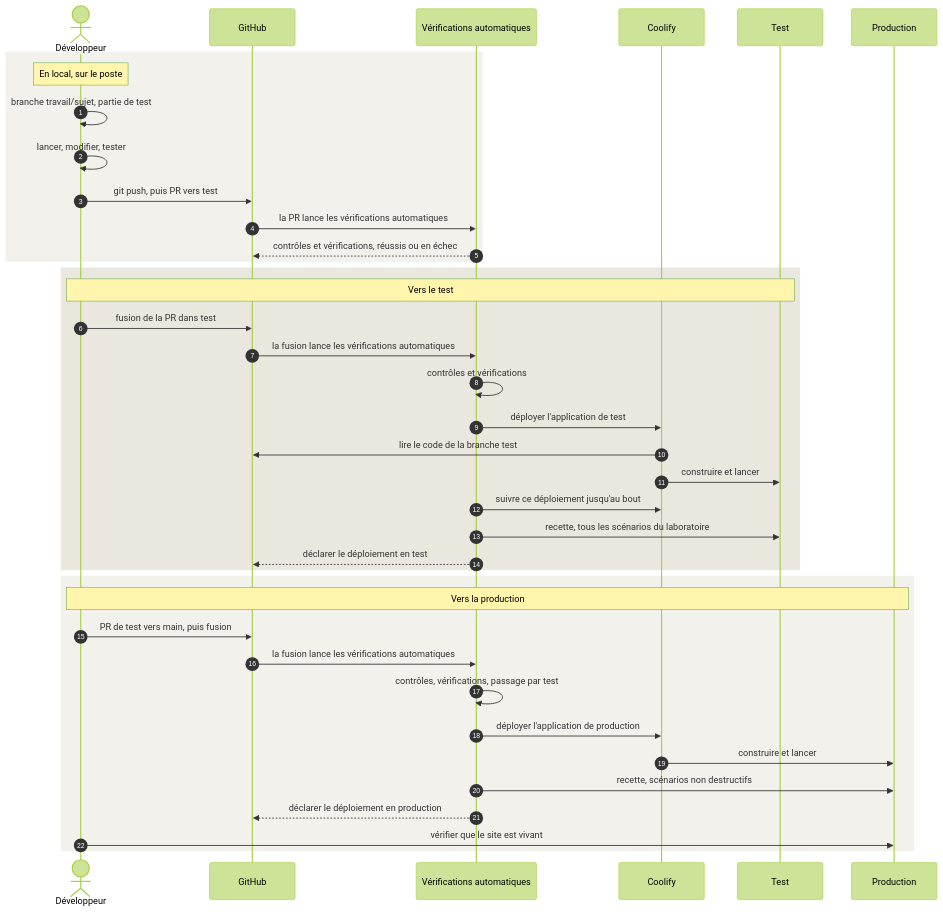
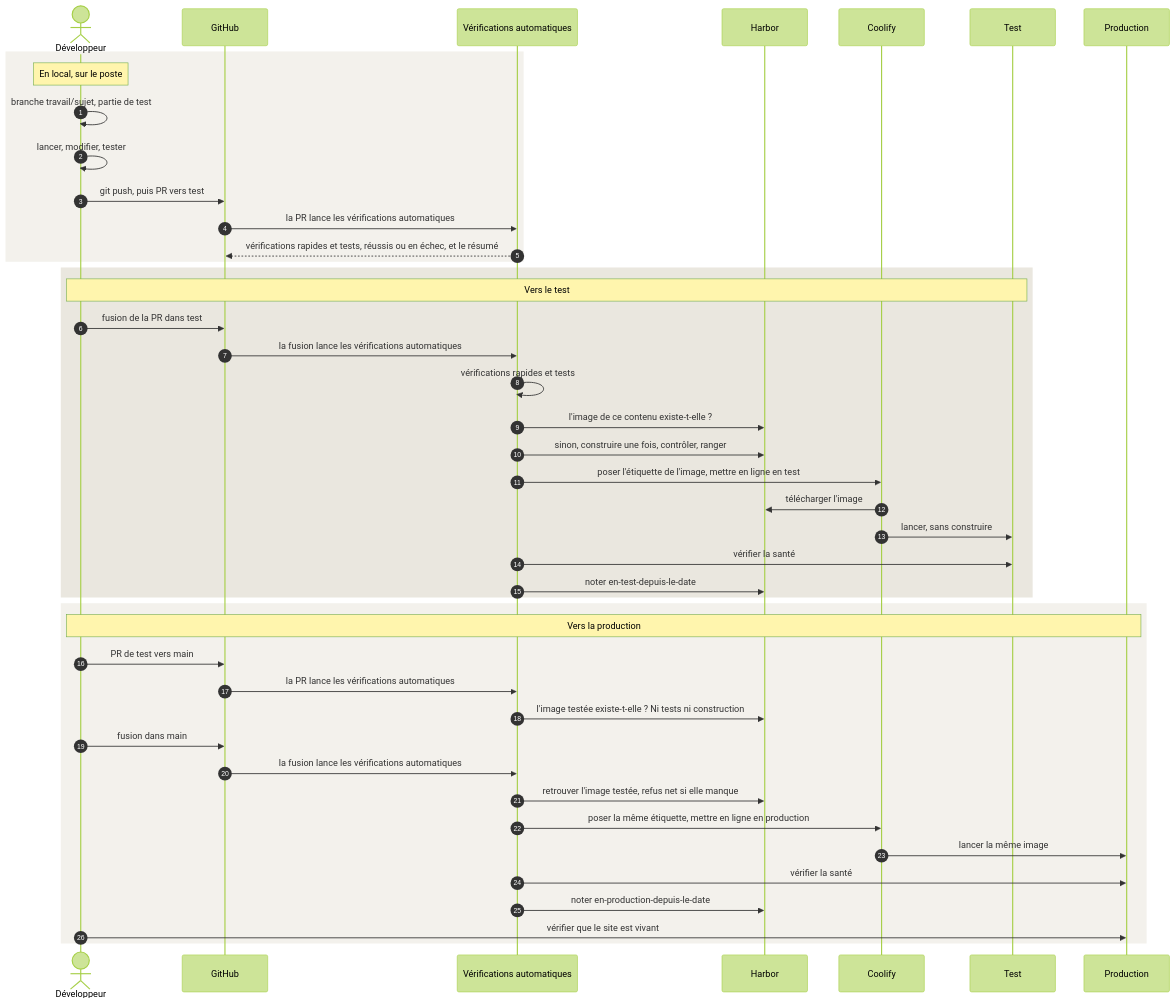
One commit to oscar-organisation/oscar-general-gouvernance-project changed the diagram in docs/schemas/02-trajet-d-une-modification.mmd. Above: the diagram before and after it, drawn with Mermaid (forest theme). The commit also changed 24 other files, not shown here.

First line of the commit message:
Le guide et l'accueil suivent la mise en ligne par image de Harbor

```diff
--- a/docs/schemas/02-trajet-d-une-modification.mmd
+++ b/docs/schemas/02-trajet-d-une-modification.mmd
@@ -1,46 +1,53 @@
 %% Le trajet d'une modification, du poste jusqu'à la production.
 %% Source de 02-trajet-d-une-modification.svg. L'image ne se retouche jamais à la main.
 %% Après une modification, depuis la racine du dépôt:
 %%   docker compose -f docs/outils/compose.yaml run --rm schemas
+%% Depuis le 04/10/2026 (plan 17): une construction, à la fusion dans test; la même
+%% image en production, sans rien reconstruire ni retester.
 sequenceDiagram
   autonumber
   actor D as Développeur
   participant G as GitHub
   participant C as Vérifications automatiques
+  participant H as Harbor
   participant K as Coolify
   participant T as Test
   participant P as Production
 
   rect rgb(243, 241, 236)
     Note over D: En local, sur le poste
     D->>D: branche travail/sujet, partie de test
     D->>D: lancer, modifier, tester
     D->>G: git push, puis PR vers test
     G->>C: la PR lance les vérifications automatiques
-    C-->>G: contrôles et vérifications, réussis ou en échec
+    C-->>G: vérifications rapides et tests, réussis ou en échec, et le résumé
   end
 
   rect rgb(234, 231, 223)
     Note over D,T: Vers le test
     D->>G: fusion de la PR dans test
     G->>C: la fusion lance les vérifications automatiques
-    C->>C: contrôles et vérifications
-    C->>K: déployer l'application de test
-    K->>G: lire le code de la branche test
-    K->>T: construire et lancer
-    C->>K: suivre ce déploiement jusqu'au bout
-    C->>T: recette, tous les scénarios du laboratoire
-    C-->>G: déclarer le déploiement en test
+    C->>C: vérifications rapides et tests
+    C->>H: l'image de ce contenu existe-t-elle ?
+    C->>H: sinon, construire une fois, contrôler, ranger
+    C->>K: poser l'étiquette de l'image, mettre en ligne en test
+    K->>H: télécharger l'image
+    K->>T: lancer, sans construire
+    C->>T: vérifier la santé
+    C->>H: noter en-test-depuis-le-date
   end
 
   rect rgb(243, 241, 236)
     Note over D,P: Vers la production
-    D->>G: PR de test vers main, puis fusion
+    D->>G: PR de test vers main
+    G->>C: la PR lance les vérifications automatiques
+    C->>H: l'image testée existe-t-elle ? Ni tests ni construction
+    D->>G: fusion dans main
     G->>C: la fusion lance les vérifications automatiques
-    C->>C: contrôles, vérifications, passage par test
-    C->>K: déployer l'application de production
-    K->>P: construire et lancer
-    C->>P: recette, scénarios non destructifs
-    C-->>G: déclarer le déploiement en production
+    C->>H: retrouver l'image testée, refus net si elle manque
+    C->>K: poser la même étiquette, mettre en ligne en production
+    K->>P: lancer la même image
+    C->>P: vérifier la santé
+    C->>H: noter en-production-depuis-le-date
     D->>P: vérifier que le site est vivant
   end
```
